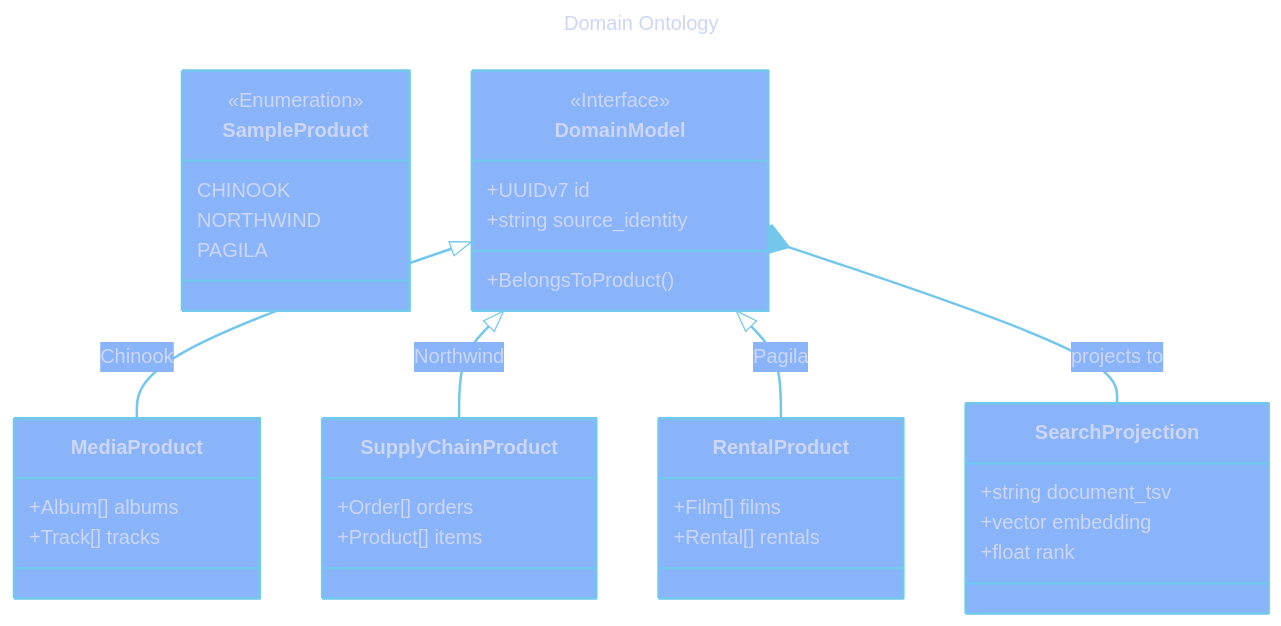
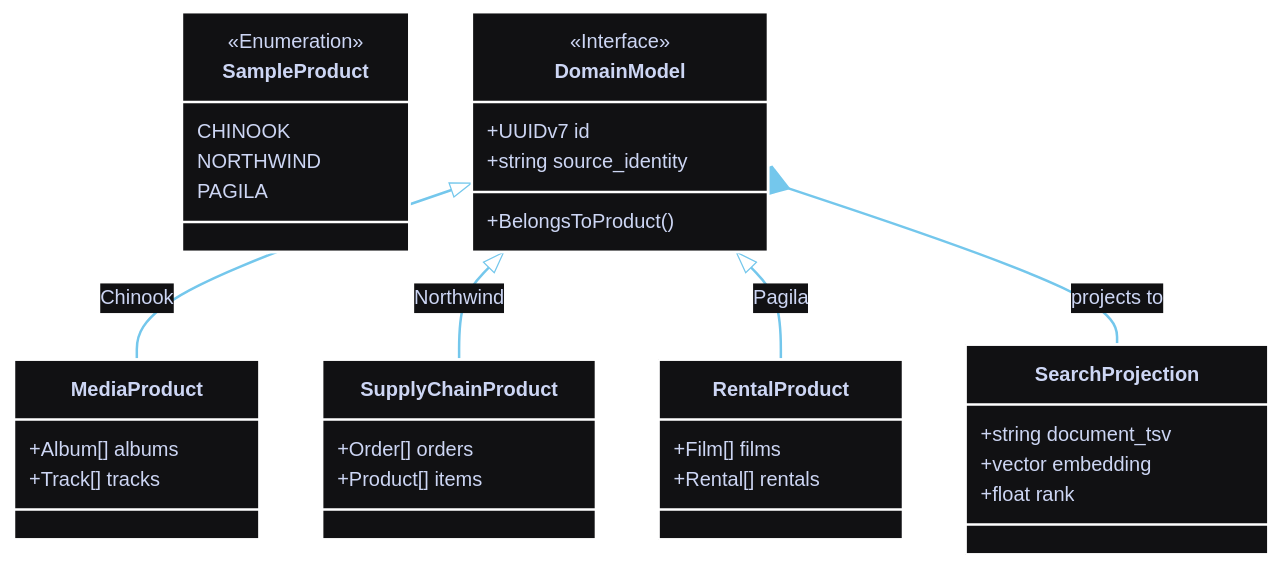
The diagram in docs/10-architecture/1007-ontology.md (s-a-c/samples-20260717), drawn with Mermaid before and after one commit. The commit also changed other lines of this file and 2157 other files, not shown here.

````diff
--- a/docs/10-architecture/1007-ontology.md
+++ b/docs/10-architecture/1007-ontology.md
@@ -78,75 +77,55 @@
 ```mermaid
 ---
-title: Domain Ontology
 config:
   theme: redux-dark-color
   themeVariables:
     background: "#1e1e2e"
     primaryColor: "#89b4fa"
     primaryTextColor: "#1e1e2e"
     primaryBorderColor: "#74c7ec"
     lineColor: "#74c7ec"
-    secondaryColor: "#cba6f7"
-    secondaryTextColor: "#1e1e2e"
-    secondaryBorderColor: "#b4befe"
-    tertiaryColor: "#94e2d5"
-    tertiaryTextColor: "#1e1e2e"
-    tertiaryBorderColor: "#89dceb"
-    mainBkg: "#89b4fa"
-    secondBkg: "#cba6f7"
-    tertiaryBkg: "#94e2d5"
     textColor: "#cdd6f4"
-    nodeBorder: "#74c7ec"
-    clusterBkg: "#313244"
-    clusterBorder: "#b4befe"
-    edgeLabelBackground: "#1e1e2e"
-    titleColor: "#cdd6f4"
     fontSize: 16px
-  themeCSS: |
-    .node rect, .node circle, .node ellipse, .node polygon, .node path { stroke-width: 2px !important; }
-    .edgePath .path { stroke-width: 2px !important; }
-    .label { font-weight: bold !important; }
-    .edgeLabel { background-color: #1e1e2e !important; }
 ---
 classDiagram
     class SampleProduct {
         <<Enumeration>>
         CHINOOK
         NORTHWIND
         PAGILA
     }
 
     class DomainModel {
         <<Interface>>
         +UUIDv7 id
         +string source_identity
         +BelongsToProduct()
     }
 
     class MediaProduct {
         +Album[] albums
         +Track[] tracks
     }
 
     class SupplyChainProduct {
         +Order[] orders
         +Product[] items
     }
 
     class RentalProduct {
         +Film[] films
         +Rental[] rentals
     }
 
     DomainModel <|-- MediaProduct : Chinook
     DomainModel <|-- SupplyChainProduct : Northwind
     DomainModel <|-- RentalProduct : Pagila
 
     class SearchProjection {
         +string document_tsv
         +vector embedding
         +float rank
     }
 
     DomainModel *-- SearchProjection : projects to
 ```
````
